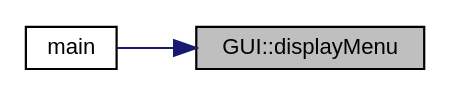
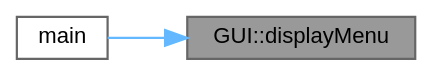
One commit to jesstyrrell/cosc345 changed the diagram in class_g_u_i_a21186f1096332794cd125455f0b9e4f2_icgraph.dot. Above: the diagram before and after it, drawn with Graphviz. The commit also changed 229 other files, not shown here.

```diff
--- a/class_g_u_i_a21186f1096332794cd125455f0b9e4f2_icgraph.dot
+++ b/class_g_u_i_a21186f1096332794cd125455f0b9e4f2_icgraph.dot
@@ -1,11 +1,12 @@
 digraph "GUI::displayMenu"
 {
  // INTERACTIVE_SVG=YES
  // LATEX_PDF_SIZE
-  edge [fontname="Helvetica",fontsize="10",labelfontname="Helvetica",labelfontsize="10"];
-  node [fontname="Helvetica",fontsize="10",shape=record];
+  bgcolor="transparent";
+  edge [fontname=Helvetica,fontsize=10,labelfontname=Helvetica,labelfontsize=10];
+  node [fontname=Helvetica,fontsize=10,shape=box,height=0.2,width=0.4];
   rankdir="RL";
-  Node1 [label="GUI::displayMenu",height=0.2,width=0.4,color="black", fillcolor="grey75", style="filled", fontcolor="black",tooltip="Displays the main menu of the game."];
-  Node1 -> Node2 [dir="back",color="midnightblue",fontsize="10",style="solid",fontname="Helvetica"];
-  Node2 [label="main",height=0.2,width=0.4,color="black", fillcolor="white", style="filled",URL="$main_8cpp.html#a0ddf1224851353fc92bfbff6f499fa97",tooltip=" "];
+  Node1 [id="Node000001",label="GUI::displayMenu",height=0.2,width=0.4,color="gray40", fillcolor="grey60", style="filled", fontcolor="black",tooltip="Displays the main menu of the game."];
+  Node1 -> Node2 [id="edge1_Node000001_Node000002",dir="back",color="steelblue1",style="solid",tooltip=" "];
+  Node2 [id="Node000002",label="main",height=0.2,width=0.4,color="grey40", fillcolor="white", style="filled",URL="$main_8cpp.html#a0ddf1224851353fc92bfbff6f499fa97",tooltip=" "];
 }
```
